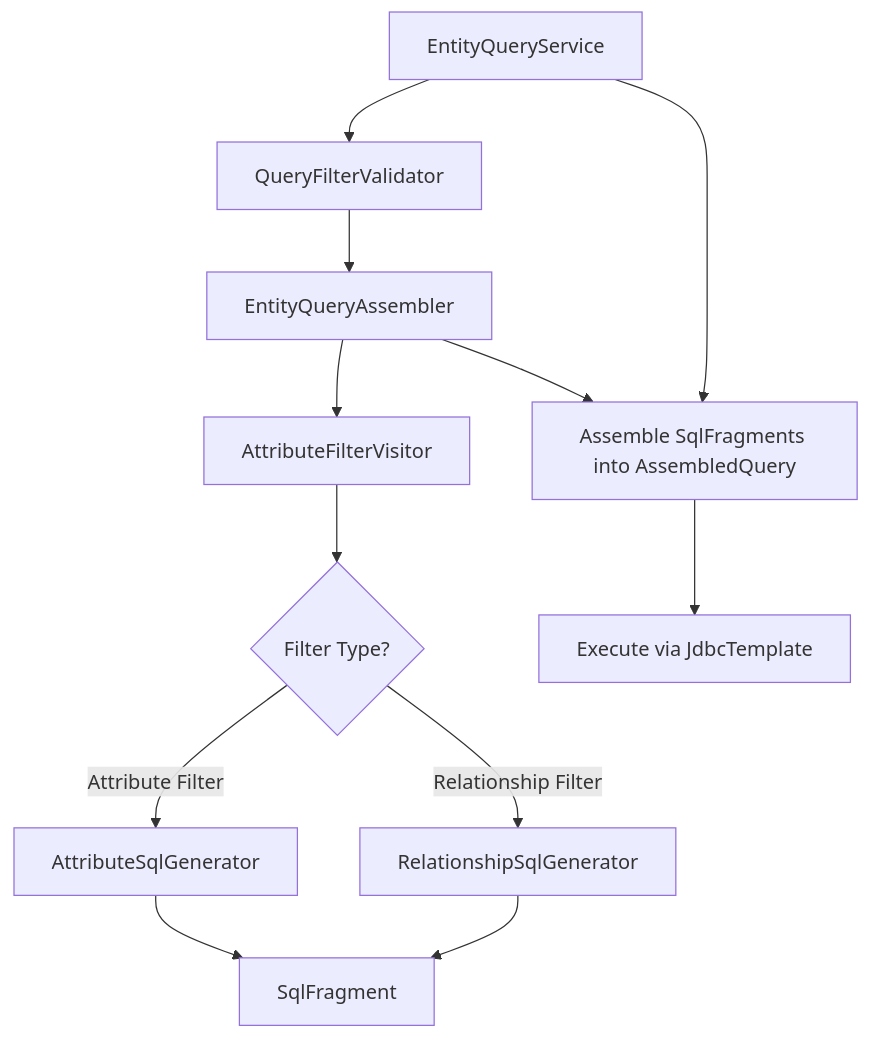
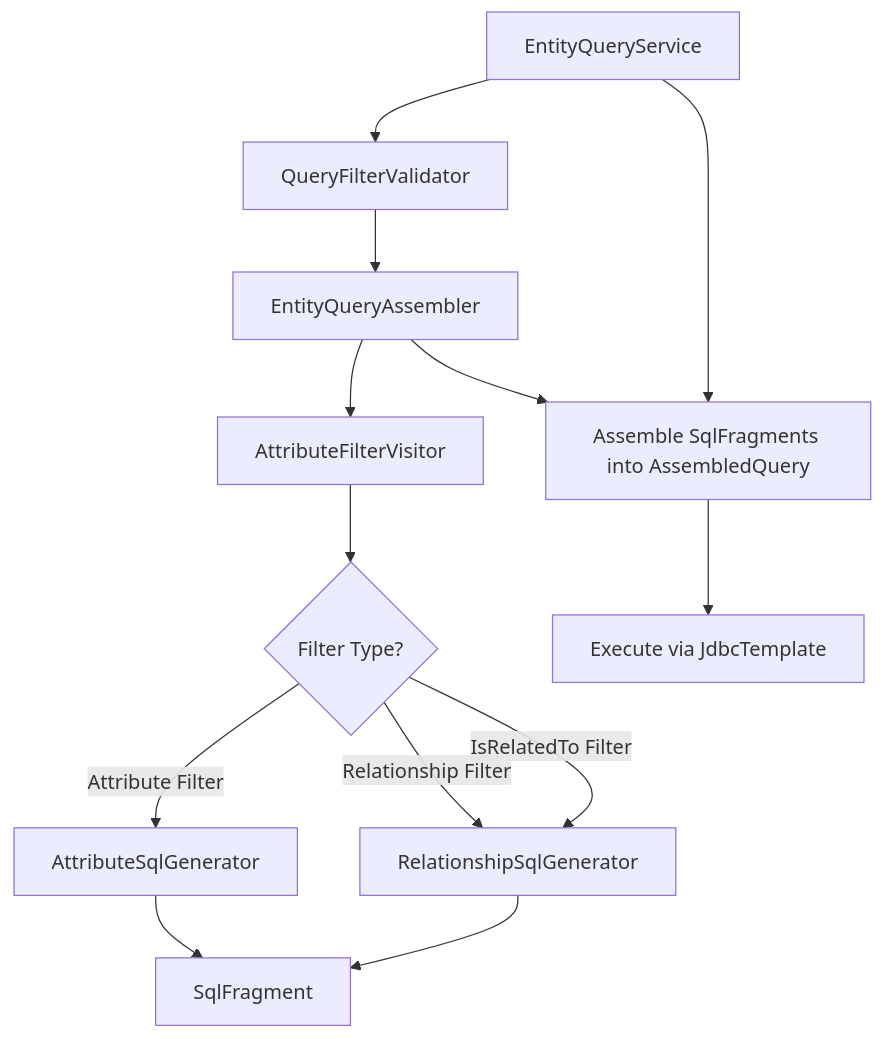
Before and after one commit to rmr-studio/riven: the diagram in docs/system-design/domains/Entities/Querying/Querying.md, drawn with Mermaid. The commit also changed other lines of this file and 12 other files, not shown here.

````diff
--- a/docs/system-design/domains/Entities/Querying/Querying.md
+++ b/docs/system-design/domains/Entities/Querying/Querying.md
@@ -17,14 +17,15 @@
 ```mermaid
 flowchart TD
     A[QueryFilterValidator] --> B[EntityQueryAssembler]
     B --> C[AttributeFilterVisitor]
     C --> D{Filter Type?}
     D -->|Attribute Filter| E[AttributeSqlGenerator]
     D -->|Relationship Filter| F[RelationshipSqlGenerator]
+    D -->|IsRelatedTo Filter| F
     E --> G[SqlFragment]
     F --> G
     B --> H[Assemble SqlFragments into AssembledQuery]
     I[EntityQueryService] --> A
     I --> H
     H --> J[Execute via JdbcTemplate]
 ```
````
